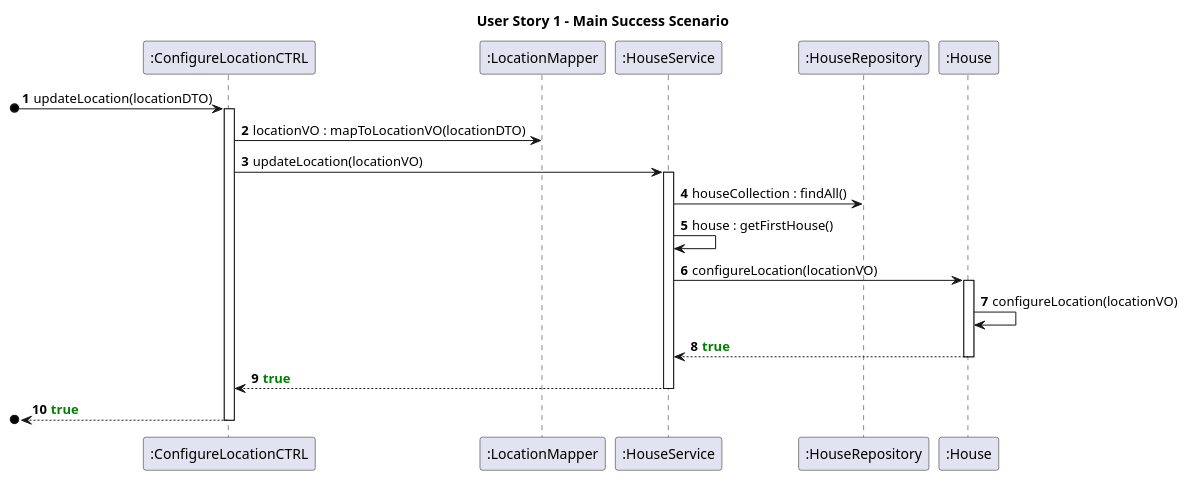
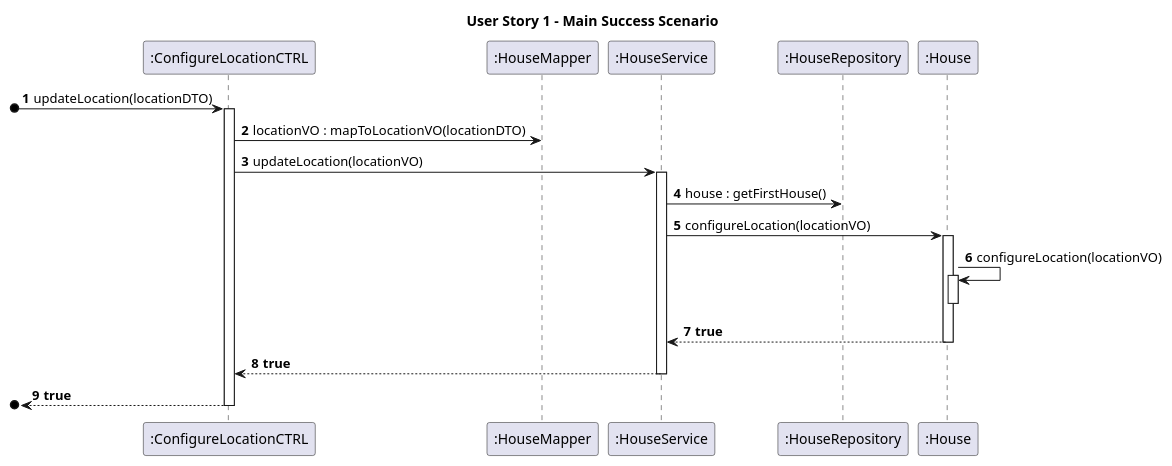
Before and after one commit to AfonsoNeves77/smartHouse: the diagram in Docs/US01/US01SequenceDiagram.puml, drawn with PlantUML. The commit also changed 1 other file, not shown here.

Commit message:
[docs]: Final version of US01 Sequence Diagram. fixes #221

```diff
--- a/Docs/US01/US01SequenceDiagram.puml
+++ b/Docs/US01/US01SequenceDiagram.puml
@@ -1,32 +1,33 @@
 @startuml
 
 autonumber
 
 title User Story 1 - Main Success Scenario
 
 participant ":ConfigureLocationCTRL" as C
-participant ":LocationMapper" as LM
+participant ":HouseMapper" as HM
 participant ":HouseService" as HS
 participant ":HouseRepository" as HR
 participant ":House" as H
 
 [o-> C : updateLocation(locationDTO)
 activate C
-C -> LM : locationVO : mapToLocationVO(locationDTO)
+C -> HM : locationVO : mapToLocationVO(locationDTO)
 C -> HS : updateLocation(locationVO)
 activate HS
-HS -> HR : houseCollection : findAll()
-HS -> HS : house : getFirstHouse()
+HS -> HR : house : getFirstHouse()
 HS -> H : configureLocation(locationVO)
 activate H
 H -> H : configureLocation(locationVO)
-
-H --> HS : <color:green>**true**
+activate H
 deactivate H
 
-HS --> C : <color:green>**true**
+H --> HS : **true**
+deactivate H
+
+HS --> C : **true**
 deactivate HS
 
-[o<-- C : <color:green>**true**
+[o<-- C : **true**
 deactivate C
 @enduml
```
